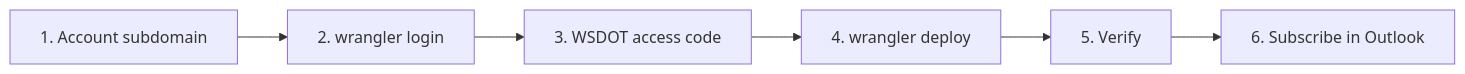
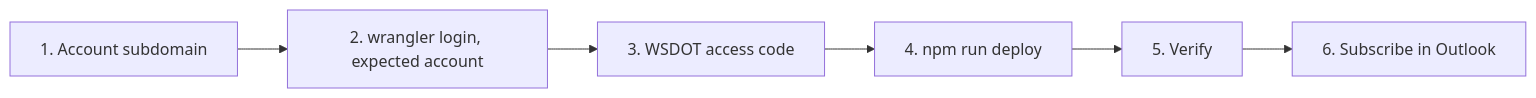
The diagram in docs/runbook-cloudflare.md (neilbrencode/transit-ics), drawn with Mermaid before and after one commit. The commit also changed other lines of this file and 11 other files, not shown here.

First line of the commit message:
Pin wrangler to this project's Cloudflare account from outside the repo

````diff
--- a/docs/runbook-cloudflare.md
+++ b/docs/runbook-cloudflare.md
@@ -7,4 +7,4 @@
 ```mermaid
 flowchart LR
-  A[1. Account subdomain] --> B[2. wrangler login] --> S[3. WSDOT access code] --> C[4. wrangler deploy] --> D[5. Verify] --> E[6. Subscribe in Outlook]
+  A[1. Account subdomain] --> B[2. wrangler login, expected account] --> S[3. WSDOT access code] --> C[4. npm run deploy] --> D[5. Verify] --> E[6. Subscribe in Outlook]
 ```
````
